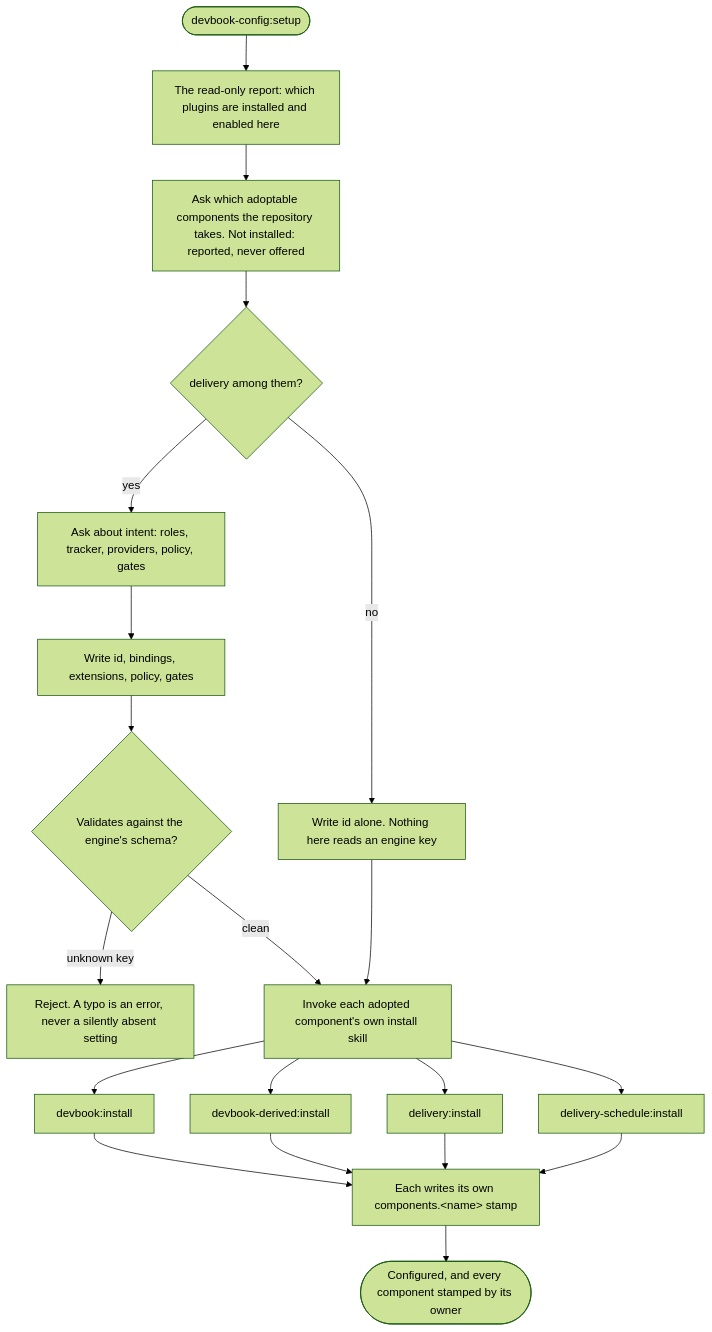
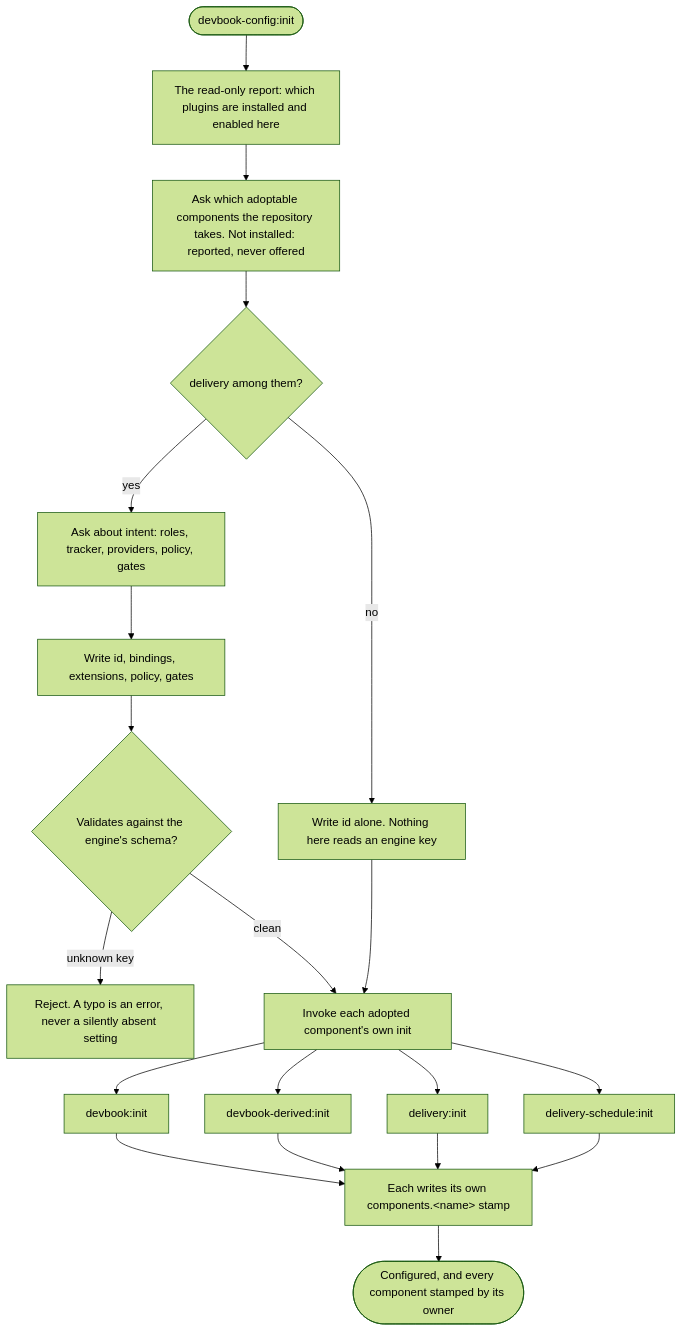
Before and after one commit to JSdotNet/devbook: the second of 3 diagrams in .devbook/arc42/building-blocks/devbook-config.md, drawn with Mermaid (forest theme). The commit also changed other lines of this file and 18 other files, not shown here.

````diff
--- a/.devbook/arc42/building-blocks/devbook-config.md
+++ b/.devbook/arc42/building-blocks/devbook-config.md
@@ -378,22 +396,22 @@
 ```mermaid
 flowchart TD
-    start(["devbook-config:setup"]) --> report["The read-only report: which plugins are installed and enabled here"]
+    start(["devbook-config:init"]) --> report["The read-only report: which plugins are installed and enabled here"]
     report --> adopt["Ask which adoptable components the repository takes. Not installed: reported, never offered"]
     adopt --> delivery{"delivery among them?"}
     delivery -->|no| idOnly["Write id alone. Nothing here reads an engine key"]
     delivery -->|yes| intent["Ask about intent: roles, tracker, providers, policy, gates"]
     intent --> keys["Write id, bindings, extensions, policy, gates"]
     keys --> validate{"Validates against the engine's schema?"}
     validate -->|"unknown key"| reject["Reject. A typo is an error, never a silently absent setting"]
-    validate -->|clean| fanout["Invoke each adopted component's own install skill"]
+    validate -->|clean| fanout["Invoke each adopted component's own init"]
     idOnly --> fanout
-    fanout --> devbookInstall["devbook:install"]
-    fanout --> derivedInstall["devbook-derived:install"]
-    fanout --> deliveryInstall["delivery:install"]
-    fanout --> scheduleInstall["delivery-schedule:install"]
+    fanout --> devbookInstall["devbook:init"]
+    fanout --> derivedInstall["devbook-derived:init"]
+    fanout --> deliveryInstall["delivery:init"]
+    fanout --> scheduleInstall["delivery-schedule:init"]
     devbookInstall --> stamps["Each writes its own components.&lt;name&gt; stamp"]
     derivedInstall --> stamps
     deliveryInstall --> stamps
     scheduleInstall --> stamps
     stamps --> done(["Configured, and every component stamped by its owner"])
 ```
````
